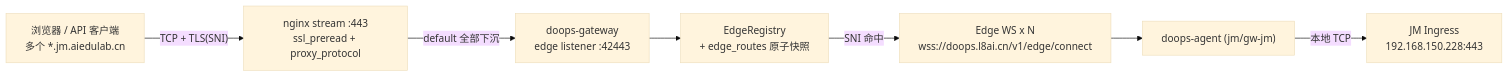
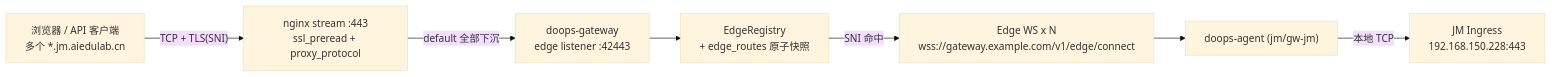
One commit to symansun/doops changed the first of 2 diagrams in backend/docs/design/DOOPS_EDGE_TUNNEL.md. Above: the diagram before and after it, drawn with Mermaid (base theme). The commit also changed other lines of this file and 44 other files, not shown here.

````diff
--- a/backend/docs/design/DOOPS_EDGE_TUNNEL.md
+++ b/backend/docs/design/DOOPS_EDGE_TUNNEL.md
@@ -64,17 +64,17 @@
 ```mermaid
 flowchart LR
     B["浏览器 / API 客户端\n多个 *.jm.aiedulab.cn"]
     NG["nginx stream :443\nssl_preread + proxy_protocol"]
     GWE["doops-gateway\nedge listener :42443"]
     ER["EdgeRegistry\n+ edge_routes 原子快照"]
-    WS["Edge WS x N\nwss://doops.l8ai.cn/v1/edge/connect"]
+    WS["Edge WS x N\nwss://gateway.example.com/v1/edge/connect"]
     AG["doops-agent (jm/gw-jm)"]
     ING["JM Ingress\n192.168.150.228:443"]
 
     B -->|"TCP + TLS(SNI)"| NG
     NG -->|"default 全部下沉"| GWE
     GWE --> ER
     ER -->|"SNI 命中"| WS
     WS --> AG
     AG -->|"本地 TCP"| ING
 ```
````
